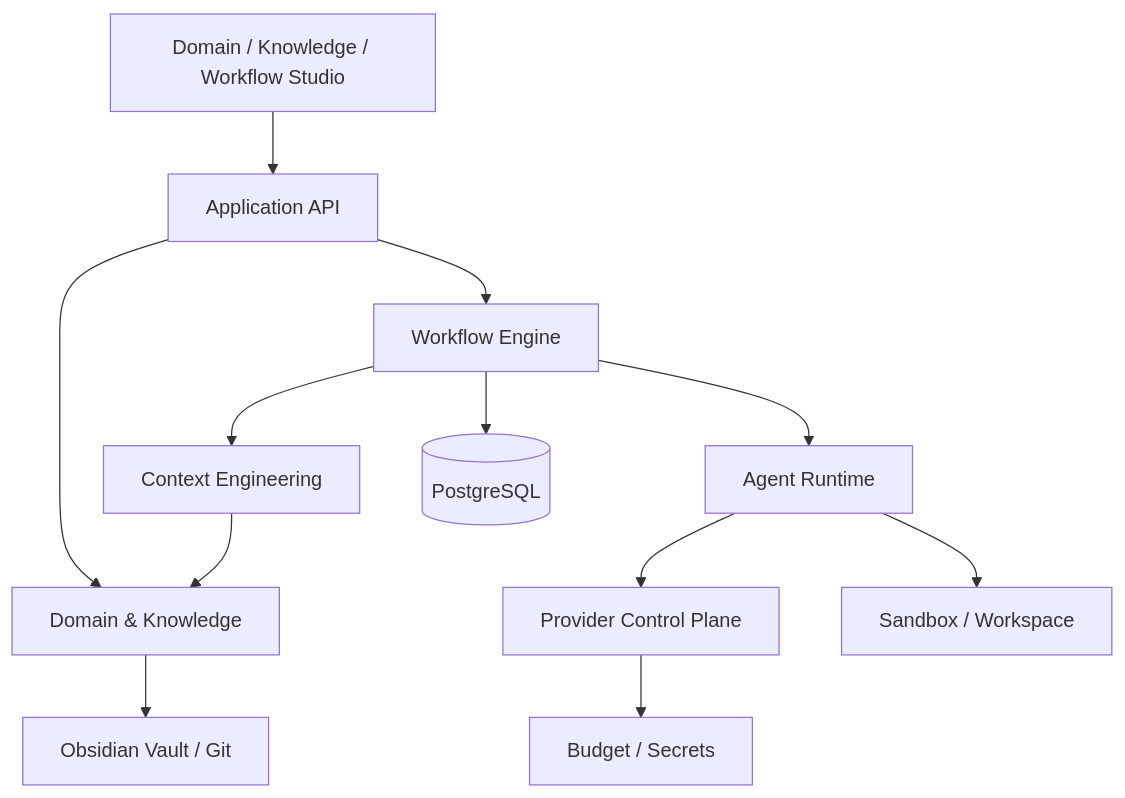
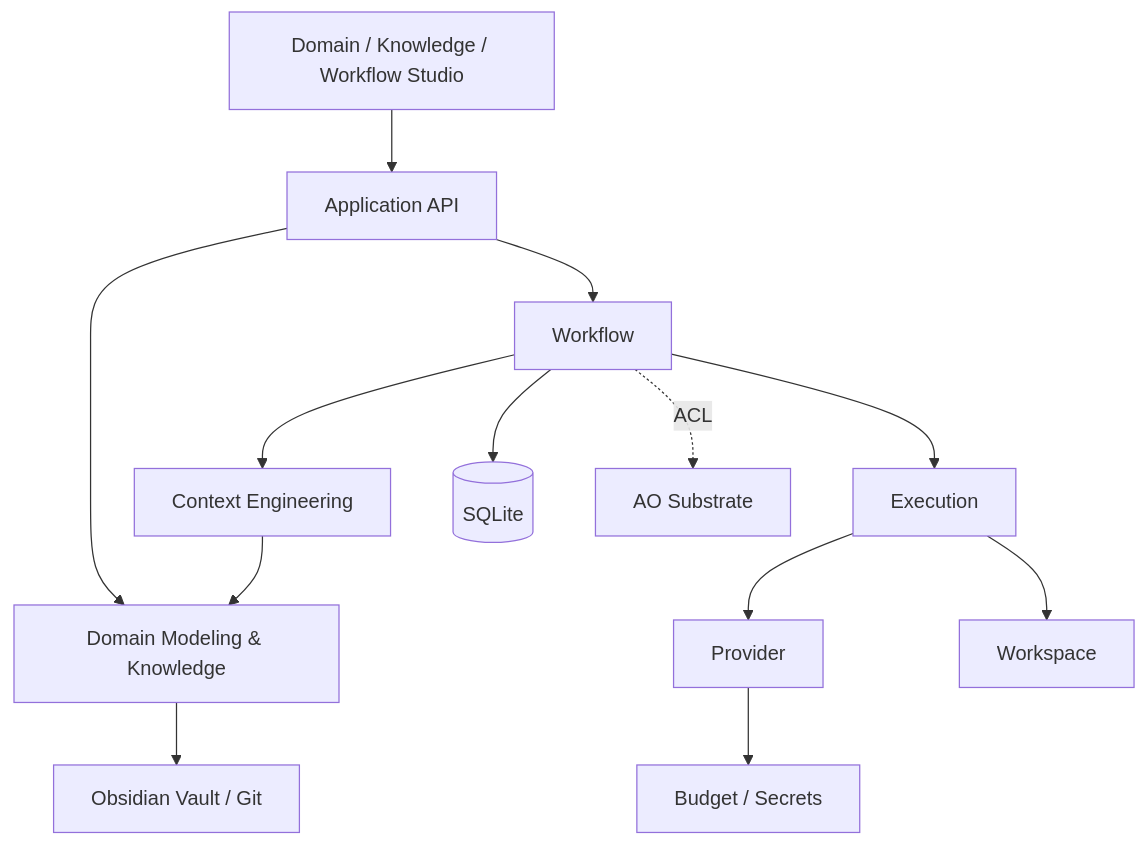
One commit to hainguyen97dev/ai-orchestrator changed the diagram in docs/fork/ddd-spec/14-system-architecture.md. Above: the diagram before and after it, drawn with Mermaid. The commit also changed other lines of this file and 4 other files, not shown here.

Commit message:
docs(ddd-spec): event v1, aggregates and SQLite architecture; R4 covers change_log CDC

````diff
--- a/docs/fork/ddd-spec/14-system-architecture.md
+++ b/docs/fork/ddd-spec/14-system-architecture.md
@@ -8,14 +8,15 @@
 ```mermaid
 graph TD
  UI[Domain / Knowledge / Workflow Studio] --> API[Application API]
- API --> D[Domain & Knowledge]
- API --> W[Workflow Engine]
+ API --> D[Domain Modeling & Knowledge]
+ API --> W[Workflow]
  W --> C[Context Engineering]
- W --> A[Agent Runtime]
+ W --> X[Execution]
  C --> D
- A --> P[Provider Control Plane]
- A --> S[Sandbox / Workspace]
+ X --> P[Provider]
+ X --> S[Workspace]
  P --> B[Budget / Secrets]
  D --> V[Obsidian Vault / Git]
- W --> DB[(PostgreSQL)]
+ W --> DB[(SQLite)]
+ W -. ACL .-> AO[AO Substrate]
 ```
````
